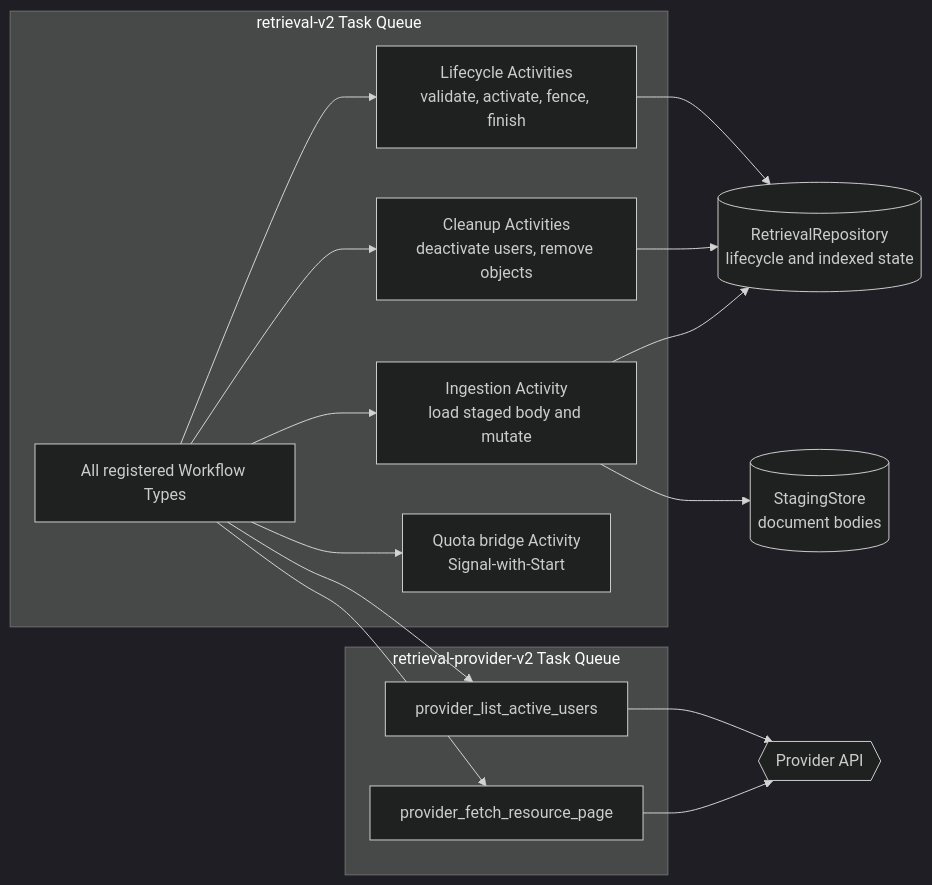
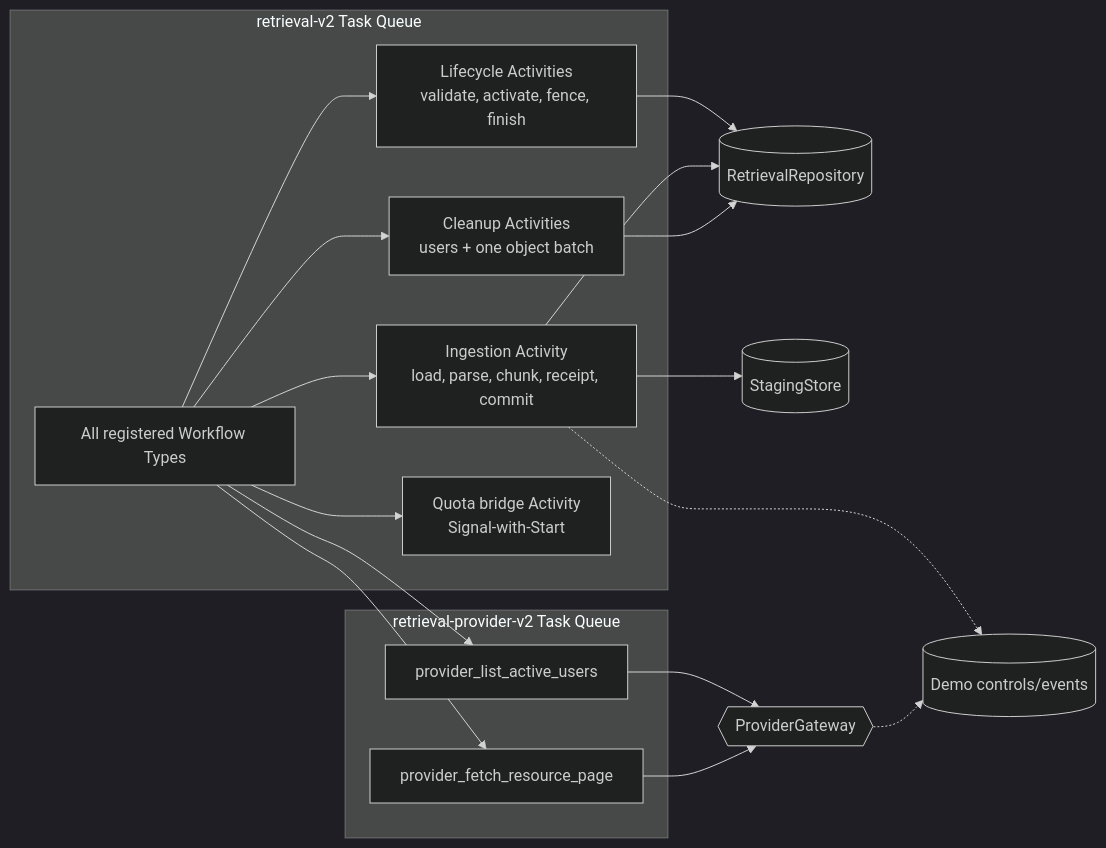
One commit to temporal-sa/golden-retriever changed the third of 6 diagrams in docs/workflow-topology.md. Above: the diagram before and after it, drawn with Mermaid (dark theme). The commit also changed other lines of this file and 106 other files, not shown here.

````diff
--- a/docs/workflow-topology.md
+++ b/docs/workflow-topology.md
@@ -119,32 +125,30 @@
 ```mermaid
 flowchart LR
-    subgraph retrievalQueue["retrieval-v2 Task Queue"]
+    subgraph retrieval["retrieval-v2 Task Queue"]
         workflows["All registered Workflow Types"]
         lifecycle["Lifecycle Activities<br/>validate, activate, fence, finish"]
-        cleanup["Cleanup Activities<br/>deactivate users, remove objects"]
-        ingestion["Ingestion Activity<br/>load staged body and mutate"]
+        ingestion["Ingestion Activity<br/>load, parse, chunk, receipt, commit"]
+        cleanup["Cleanup Activities<br/>users + one object batch"]
         quotaBridge["Quota bridge Activity<br/>Signal-with-Start"]
     end
 
-    subgraph providerQueue["retrieval-provider-v2 Task Queue"]
+    subgraph provider["retrieval-provider-v2 Task Queue"]
         listUsers["provider_list_active_users"]
         fetchPage["provider_fetch_resource_page"]
     end
 
-    repository[("RetrievalRepository<br/>lifecycle and indexed state")]
-    staging[("StagingStore<br/>document bodies")]
-    provider{{"Provider API"}}
+    repo[("RetrievalRepository")]
+    staging[("StagingStore")]
+    gateway{{"ProviderGateway"}}
+    controls[("Demo controls/events")]
 
-    workflows --> lifecycle
-    workflows --> cleanup
-    workflows --> ingestion
+    workflows --> lifecycle --> repo
+    workflows --> ingestion --> repo
+    ingestion --> staging
+    ingestion -.-> controls
+    workflows --> cleanup --> repo
     workflows --> quotaBridge
-    workflows --> listUsers
-    workflows --> fetchPage
-    lifecycle --> repository
-    cleanup --> repository
-    ingestion --> repository
-    ingestion --> staging
-    listUsers --> provider
-    fetchPage --> provider
+    workflows --> listUsers --> gateway
+    workflows --> fetchPage --> gateway
+    gateway -.-> controls
 ```
````
